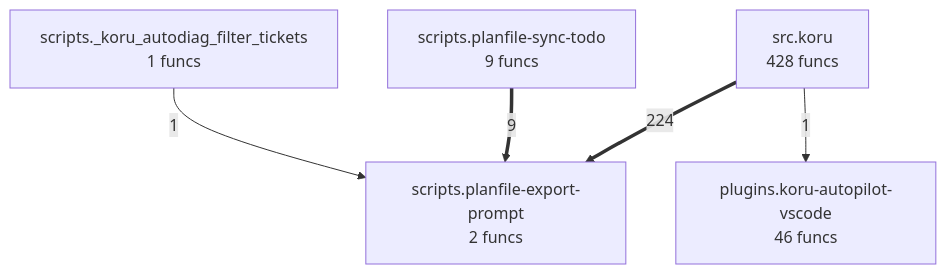
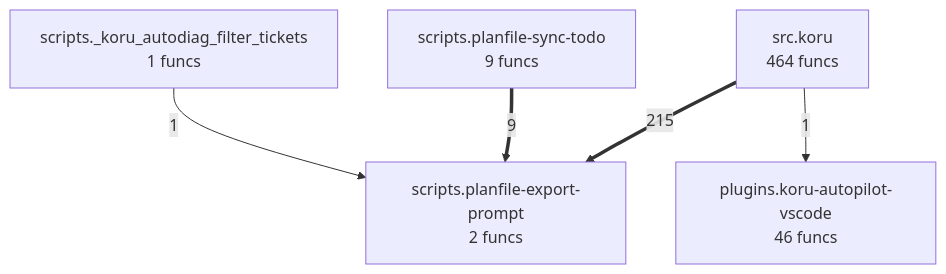
One commit to semcod/koru changed the diagram in project/compact_flow.mmd. Above: the diagram before and after it, drawn with Mermaid. The commit also changed 33 other files, not shown here.

```diff
--- a/project/compact_flow.mmd
+++ b/project/compact_flow.mmd
@@ -1,11 +1,11 @@
 flowchart TD
-%% generated in 0.01s
+%% generated in 0.02s
     plugins__koru_autopilot_vscode["plugins.koru-autopilot-vscode<br/>46 funcs"]
     scripts___koru_autodiag_filter_tickets["scripts._koru_autodiag_filter_tickets<br/>1 funcs"]
     scripts__planfile_export_prompt["scripts.planfile-export-prompt<br/>2 funcs"]
     scripts__planfile_sync_todo["scripts.planfile-sync-todo<br/>9 funcs"]
-    src__koru["src.koru<br/>428 funcs"]
-    src__koru ==>|224| scripts__planfile_export_prompt
+    src__koru["src.koru<br/>464 funcs"]
+    src__koru ==>|215| scripts__planfile_export_prompt
     scripts__planfile_sync_todo ==>|9| scripts__planfile_export_prompt
+    scripts___koru_autodiag_filter_tickets -->|1| scripts__planfile_export_prompt
     src__koru -->|1| plugins__koru_autopilot_vscode
-    scripts___koru_autodiag_filter_tickets -->|1| scripts__planfile_export_prompt
```
